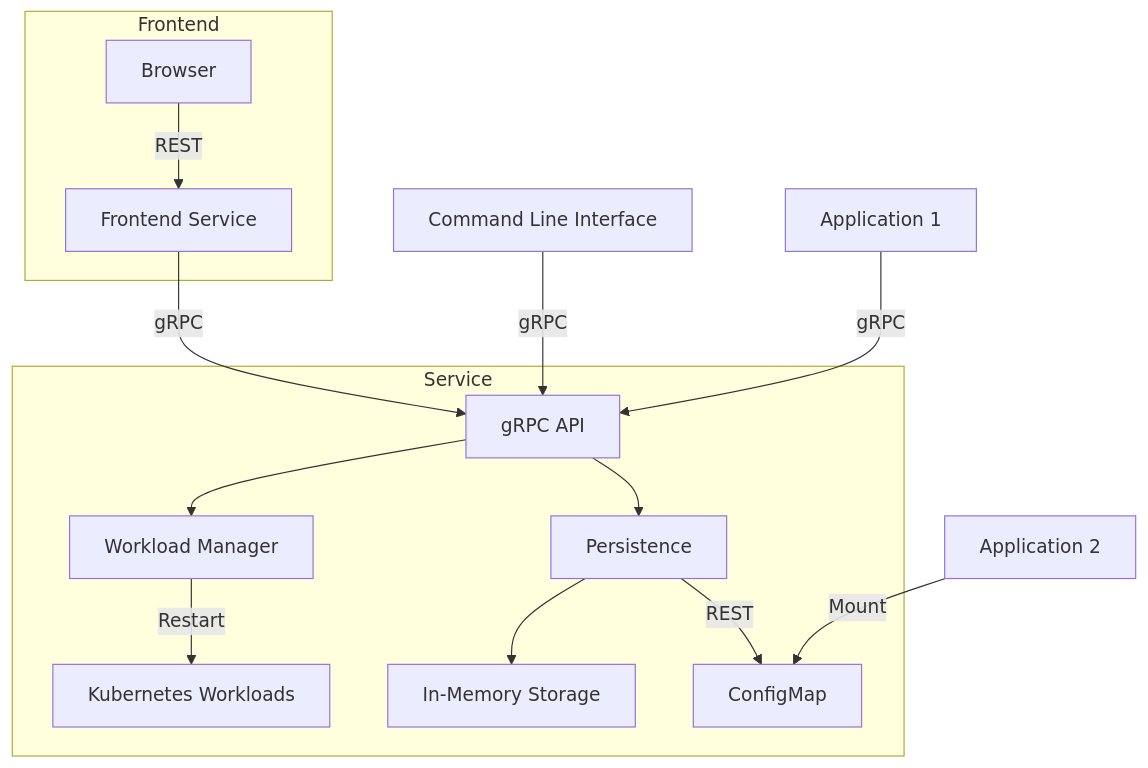
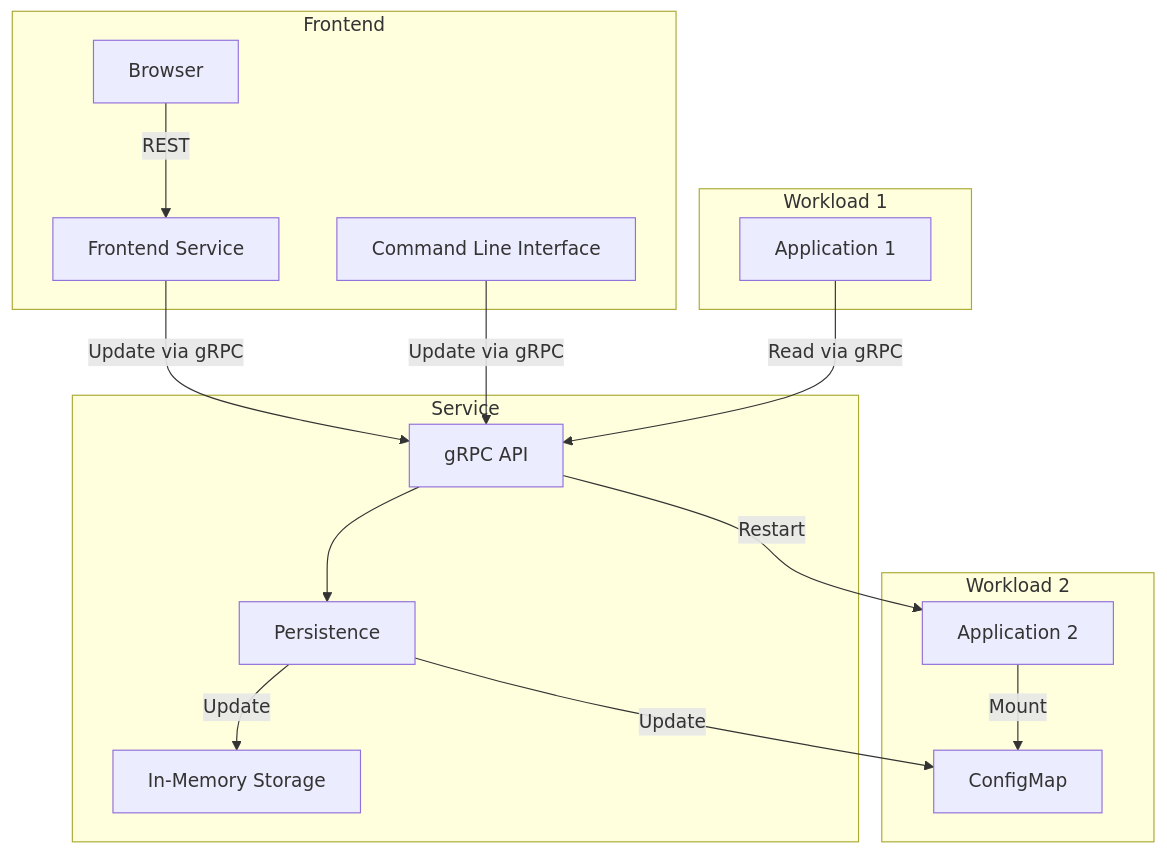
Before and after one commit to dkrizic/feature: the diagram in README.md, drawn with Mermaid.

````diff
--- a/README.md
+++ b/README.md
@@ -15,28 +15,31 @@
 ```mermaid
 graph TD
-    CLI[Command Line Interface]
-    APP1[Application 1]
-    APP2[Application 2]
-    K8S[Kubernetes Workloads]
+    subgraph W1[Workload 1]
+      APP1[Application 1]
+    end
+    subgraph W2[Workload 2]
+      CM[ConfigMap]
+      APP2[Application 2]
+    end
     subgraph FR[Frontend]
       BR[Browser]
       FS[Frontend Service]
+      CLI[Command Line Interface]
     end
     subgraph S[Service]
         API[gRPC API]
         P[Persistence]
-        WL[Workload Manager]
         INM[In-Memory Storage]
         CM[ConfigMap]
         API-->P
-        API-->WL
-        P-->INM
-        P-->|REST|CM
-        WL-->|Restart|K8S
+        P-->|Update|INM
+        P-->|Update|CM
     end
     BR-->|REST|FS
-    FS-->|gRPC|API
-    CLI-->|gRPC|API
-    APP1-->|gRPC|API
+    FS-->|Update via gRPC|API
+    CLI-->|Update via gRPC|API
+    APP1-->|Read via gRPC|API
     APP2-->|Mount|CM
+    API-->|Restart|APP2
+    
 ```
````
